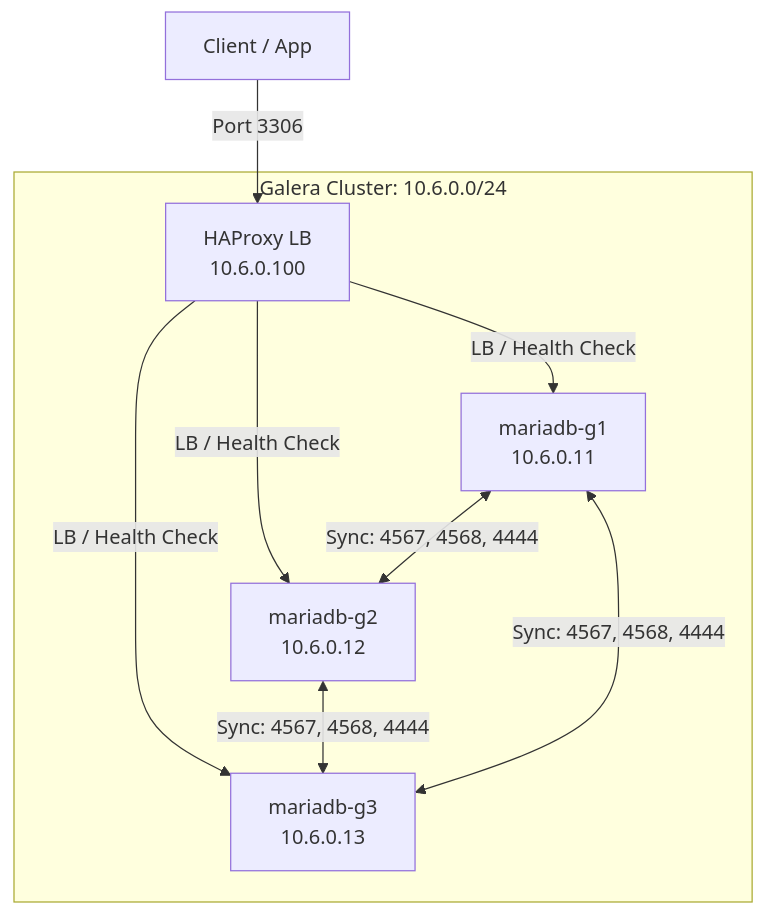
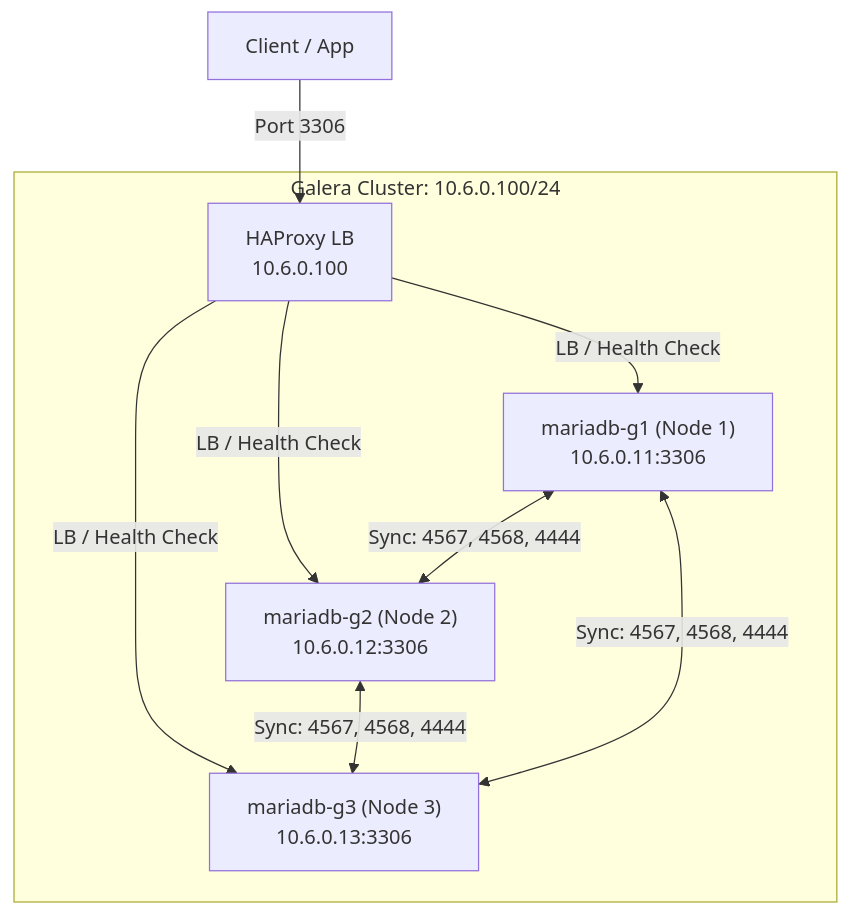
The first of 2 diagrams in docker/mariadb/documentation/architecture.md (jmrenouard/dbscripts), drawn with Mermaid before and after one commit. The commit also changed other lines of this file and 5 other files, not shown here.

````diff
--- a/docker/mariadb/documentation/architecture.md
+++ b/docker/mariadb/documentation/architecture.md
@@ -16,14 +16,14 @@
 ```mermaid
 graph TD
     Client[Client / App] -->|Port 3306| LB[HAProxy LB<br/>10.6.0.100]
     
-    subgraph Galera_Cluster [Galera Cluster: 10.6.0.0/24]
-        LB -->|LB / Health Check| G1[mariadb-g1<br/>10.6.0.11]
-        LB -->|LB / Health Check| G2[mariadb-g2<br/>10.6.0.12]
-        LB -->|LB / Health Check| G3[mariadb-g3<br/>10.6.0.13]
+    subgraph Galera_Cluster [Galera Cluster: 10.6.0.100/24]
+        LB -->|LB / Health Check| G1["mariadb-g1 (Node 1)<br/>10.6.0.11:3306"]
+        LB -->|LB / Health Check| G2["mariadb-g2 (Node 2)<br/>10.6.0.12:3306"]
+        LB -->|LB / Health Check| G3["mariadb-g3 (Node 3)<br/>10.6.0.13:3306"]
         
         G1 <-->|Sync: 4567, 4568, 4444| G2
         G2 <-->|Sync: 4567, 4568, 4444| G3
         G3 <-->|Sync: 4567, 4568, 4444| G1
     end
 ```
````
